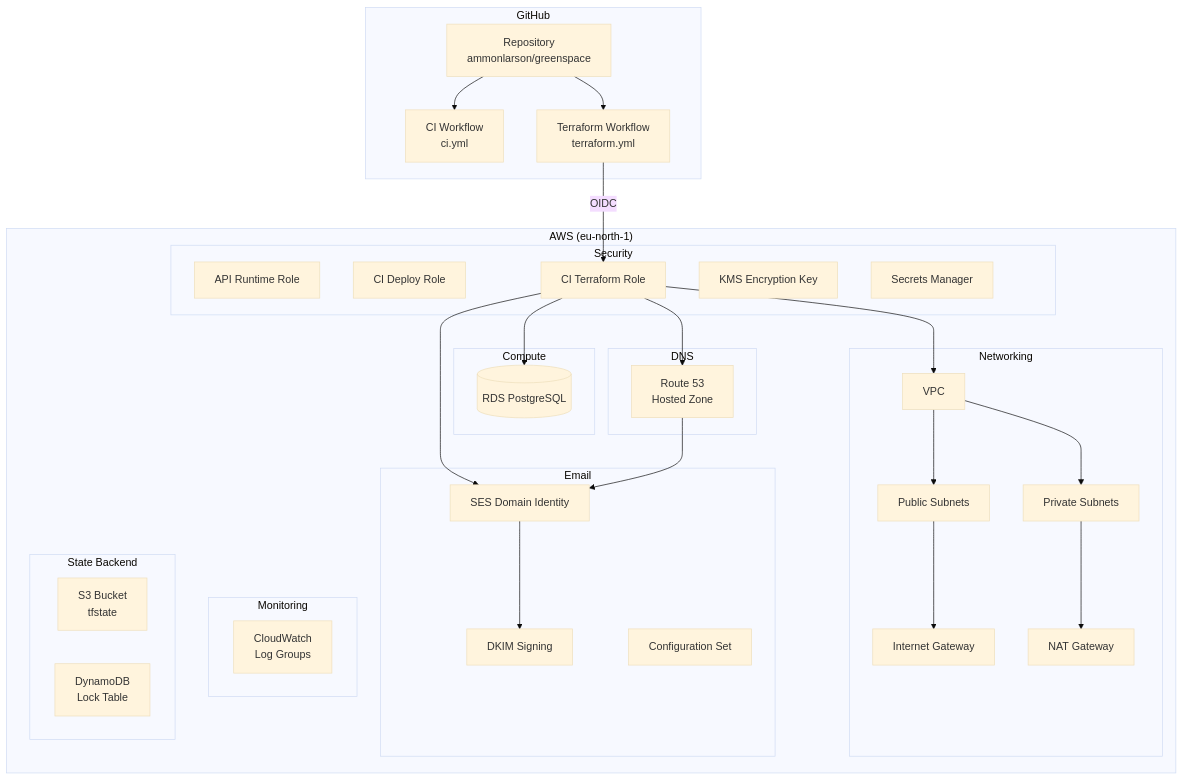
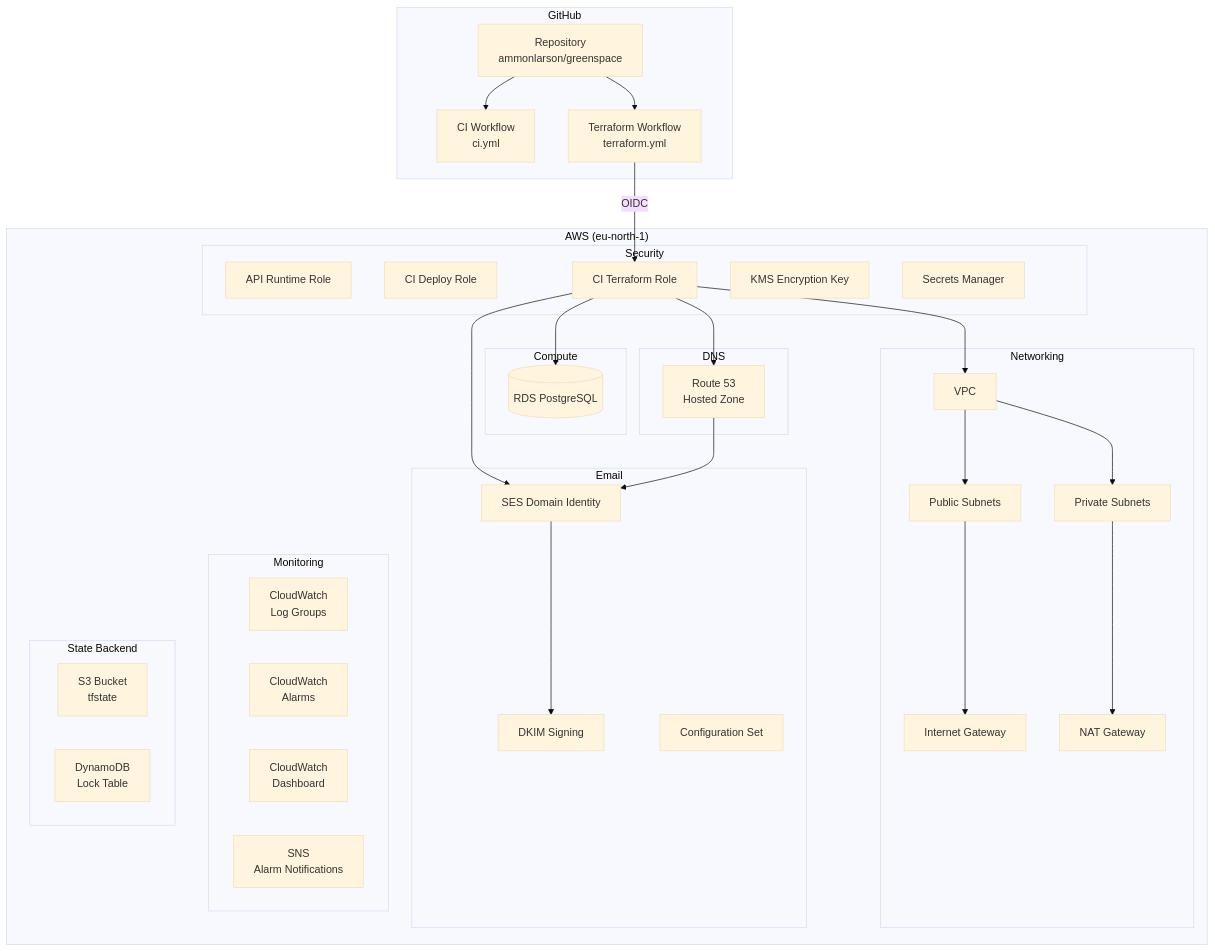
The fifth of 6 diagrams in docs/architecture.md (ammonlarson/greenspace), drawn with Mermaid (base theme) before and after one commit. The commit also changed other lines of this file and 9 other files, not shown here.

````diff
--- a/docs/architecture.md
+++ b/docs/architecture.md
@@ -250,63 +250,66 @@
 ```mermaid
 graph TB
     subgraph "GitHub"
         REPO[Repository<br/>ammonlarson/greenspace]
         CI[CI Workflow<br/>ci.yml]
         TF_WF[Terraform Workflow<br/>terraform.yml]
     end
 
     subgraph "AWS (eu-north-1)"
         subgraph "Networking"
             VPC[VPC]
             PUB_SUB[Public Subnets]
             PRIV_SUB[Private Subnets]
             IGW[Internet Gateway]
             NAT[NAT Gateway]
         end
 
         subgraph "Compute"
             RDS[(RDS PostgreSQL)]
         end
 
         subgraph "Email"
             SES_ID[SES Domain Identity]
             SES_DKIM[DKIM Signing]
             SES_CS[Configuration Set]
         end
 
         subgraph "DNS"
             R53[Route 53<br/>Hosted Zone]
         end
 
         subgraph "Security"
             IAM_API[API Runtime Role]
             IAM_CI[CI Deploy Role]
             IAM_TF[CI Terraform Role]
             KMS[KMS Encryption Key]
             SECRETS[Secrets Manager]
         end
 
         subgraph "Monitoring"
             CW[CloudWatch<br/>Log Groups]
+            ALARMS[CloudWatch<br/>Alarms]
+            DASH[CloudWatch<br/>Dashboard]
+            SNS[SNS<br/>Alarm Notifications]
         end
 
         subgraph "State Backend"
             S3[S3 Bucket<br/>tfstate]
             DDB[DynamoDB<br/>Lock Table]
         end
     end
 
     REPO --> CI
     REPO --> TF_WF
     TF_WF -->|OIDC| IAM_TF
     IAM_TF --> VPC
     IAM_TF --> RDS
     IAM_TF --> SES_ID
     IAM_TF --> R53
     VPC --> PUB_SUB
     VPC --> PRIV_SUB
     PUB_SUB --> IGW
     PRIV_SUB --> NAT
     R53 --> SES_ID
     SES_ID --> SES_DKIM
 ```
````
